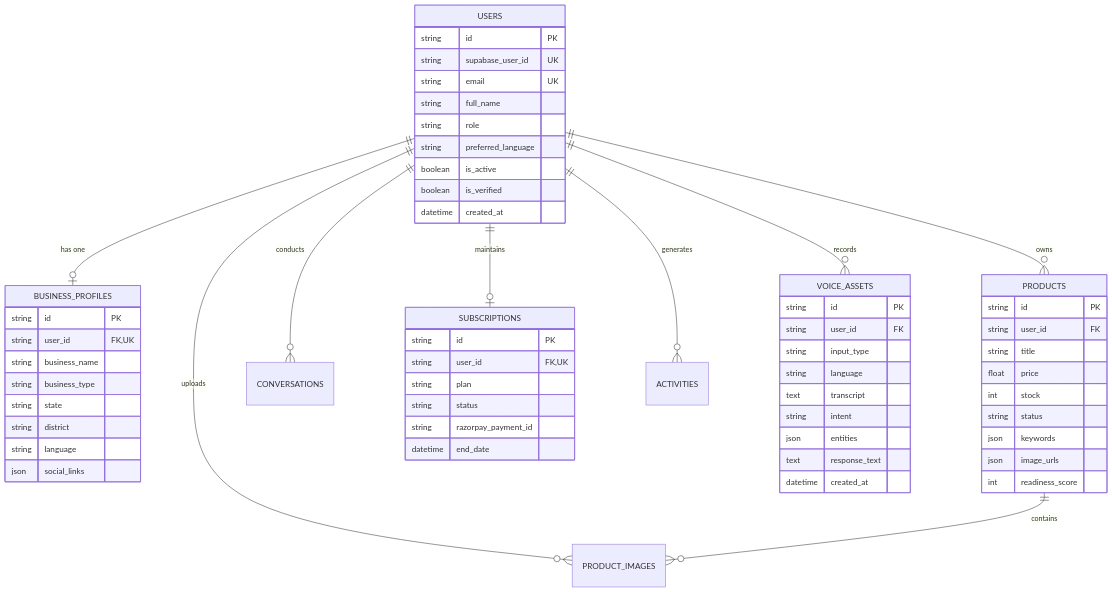
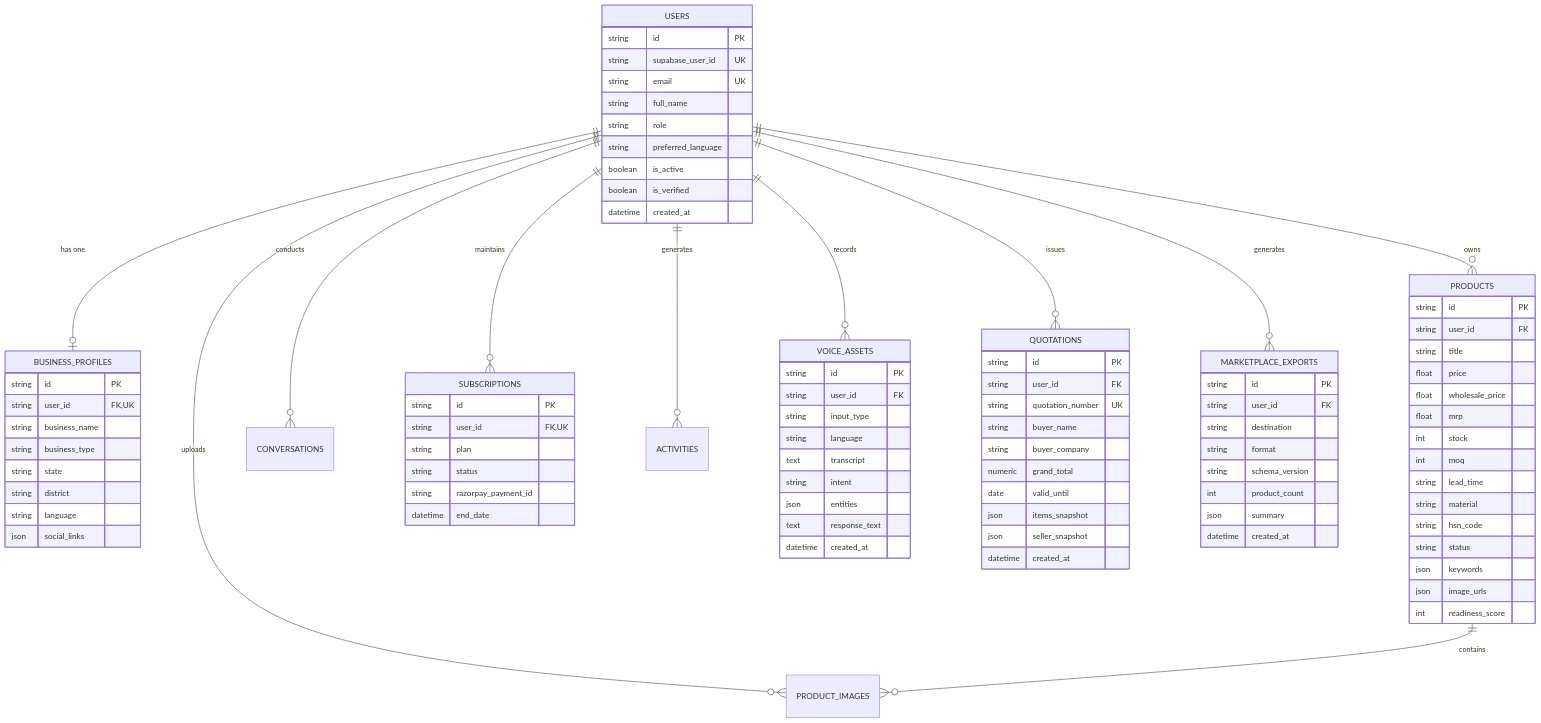
One commit to jharajiv315/KRIVIO-AI changed the second of 5 diagrams in ARCHITECTURE.md. Above: the diagram before and after it, drawn with Mermaid. The commit also changed other lines of this file and 34 other files, not shown here.

Commit message:
feat(marketplace): implement real marketplace export, readiness engine, and b2b quotation generator

```diff
--- a/ARCHITECTURE.md
+++ b/ARCHITECTURE.md
@@ -147,9 +147,11 @@
     USERS ||--o{ PRODUCTS : "owns"
     USERS ||--o{ PRODUCT_IMAGES : "uploads"
     USERS ||--o{ CONVERSATIONS : "conducts"
-    USERS ||--o| SUBSCRIPTIONS : "maintains"
+    USERS ||--o{ SUBSCRIPTIONS : "maintains"
     USERS ||--o{ ACTIVITIES : "generates"
     USERS ||--o{ VOICE_ASSETS : "records"
+    USERS ||--o{ QUOTATIONS : "issues"
+    USERS ||--o{ MARKETPLACE_EXPORTS : "generates"
     PRODUCTS ||--o{ PRODUCT_IMAGES : "contains"
 
     USERS {
@@ -180,11 +182,41 @@
         string user_id FK
         string title
         float price
+        float wholesale_price
+        float mrp
         int stock
+        int moq
+        string lead_time
+        string material
+        string hsn_code
         string status
         json keywords
         json image_urls
         int readiness_score
+    }
+
+    QUOTATIONS {
+        string id PK
+        string user_id FK
+        string quotation_number UK
+        string buyer_name
+        string buyer_company
+        numeric grand_total
+        date valid_until
+        json items_snapshot
+        json seller_snapshot
+        datetime created_at
+    }
+
+    MARKETPLACE_EXPORTS {
+        string id PK
+        string user_id FK
+        string destination
+        string format
+        string schema_version
+        int product_count
+        json summary
+        datetime created_at
     }
 
     VOICE_ASSETS {
```
